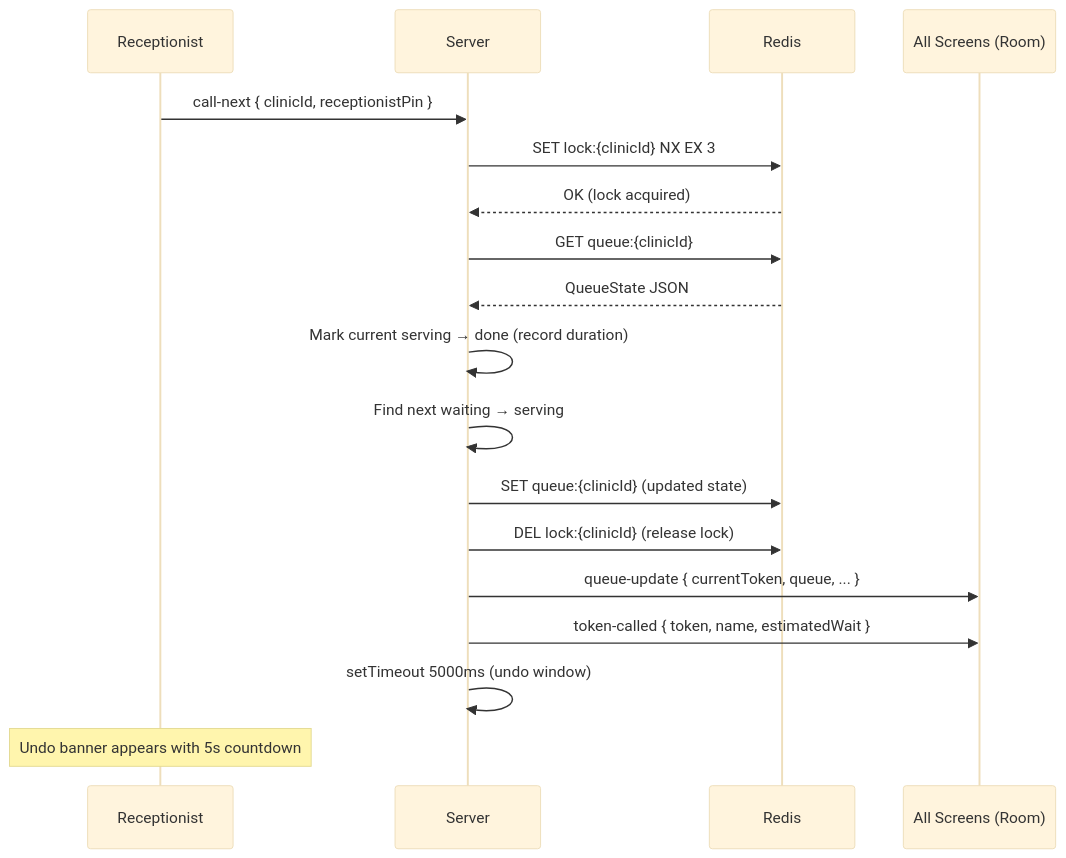
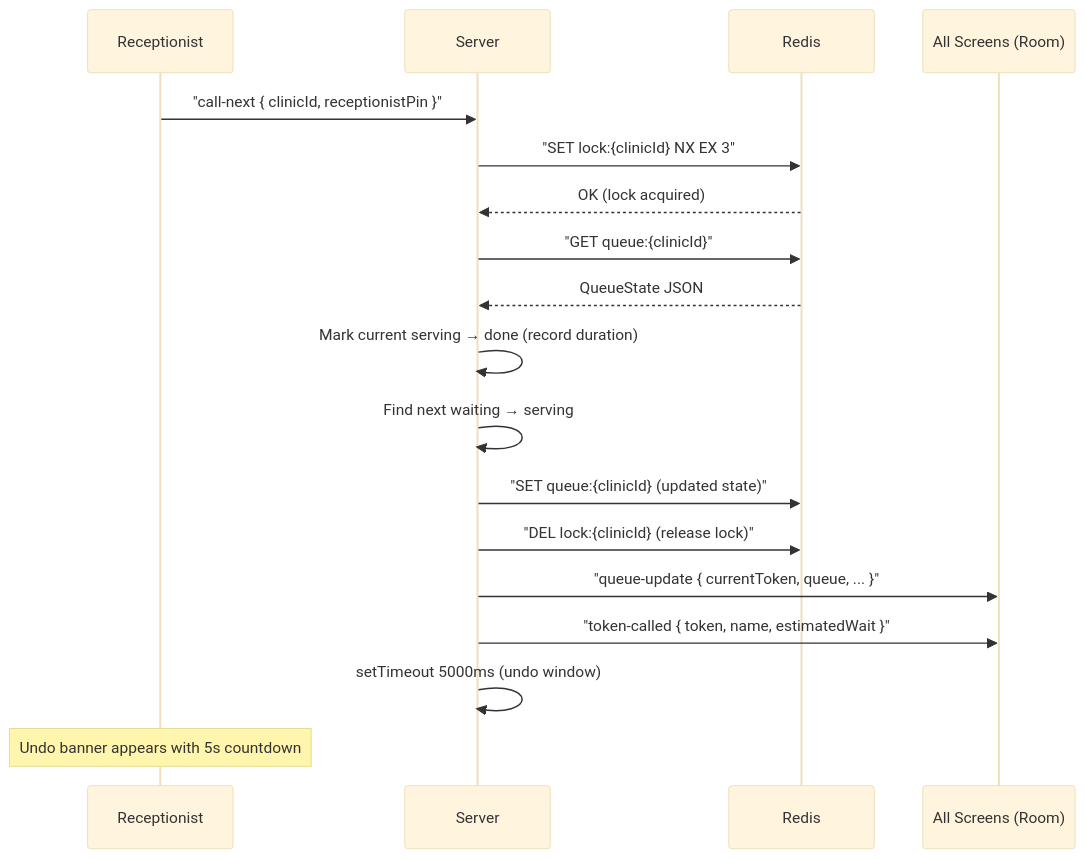
One commit to Zahid-Ham/Queue_Cure changed the first of 4 diagrams in SOCKET_DIAGRAM.md. Above: the diagram before and after it, drawn with Mermaid (base theme). The commit also changed other lines of this file, not shown here.

Commit message:
Fix Mermaid syntax parse error in SOCKET_DIAGRAM.md by quoting message payloads and removing semicolons in notes

````diff
--- a/SOCKET_DIAGRAM.md
+++ b/SOCKET_DIAGRAM.md
@@ -64,21 +64,21 @@
 ```mermaid
 sequenceDiagram
     participant R as Receptionist
     participant S as Server
     participant Redis
     participant All as All Screens (Room)
 
-    R->>S: call-next { clinicId, receptionistPin }
-    S->>Redis: SET lock:{clinicId} NX EX 3
+    R->>S: "call-next { clinicId, receptionistPin }"
+    S->>Redis: "SET lock:{clinicId} NX EX 3"
     Redis-->>S: OK (lock acquired)
-    S->>Redis: GET queue:{clinicId}
+    S->>Redis: "GET queue:{clinicId}"
     Redis-->>S: QueueState JSON
     S->>S: Mark current serving → done (record duration)
     S->>S: Find next waiting → serving
-    S->>Redis: SET queue:{clinicId} (updated state)
-    S->>Redis: DEL lock:{clinicId} (release lock)
-    S->>All: queue-update { currentToken, queue, ... }
-    S->>All: token-called { token, name, estimatedWait }
+    S->>Redis: "SET queue:{clinicId} (updated state)"
+    S->>Redis: "DEL lock:{clinicId} (release lock)"
+    S->>All: "queue-update { currentToken, queue, ... }"
+    S->>All: "token-called { token, name, estimatedWait }"
     S->>S: setTimeout 5000ms (undo window)
     Note over R: Undo banner appears with 5s countdown
 ```
````
